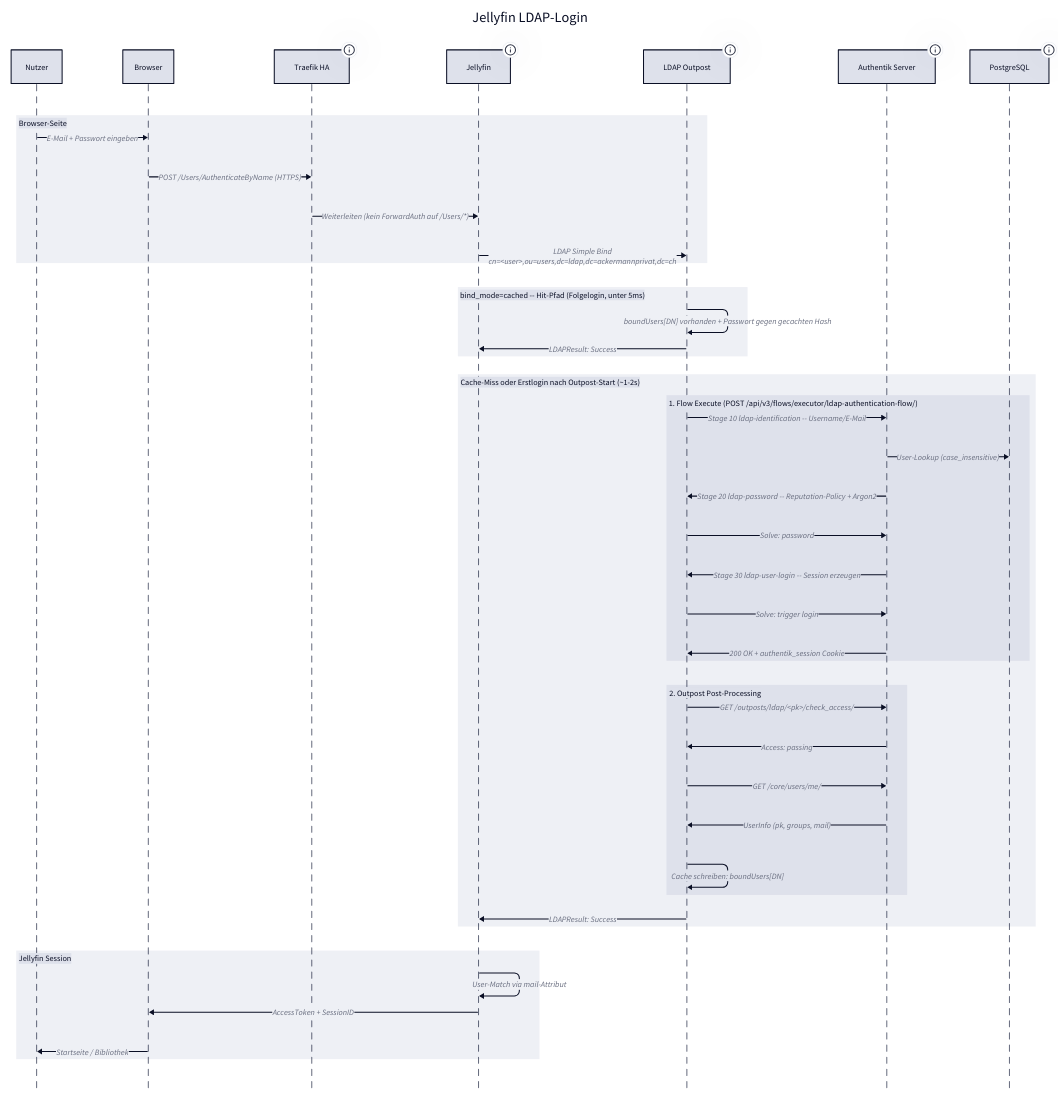
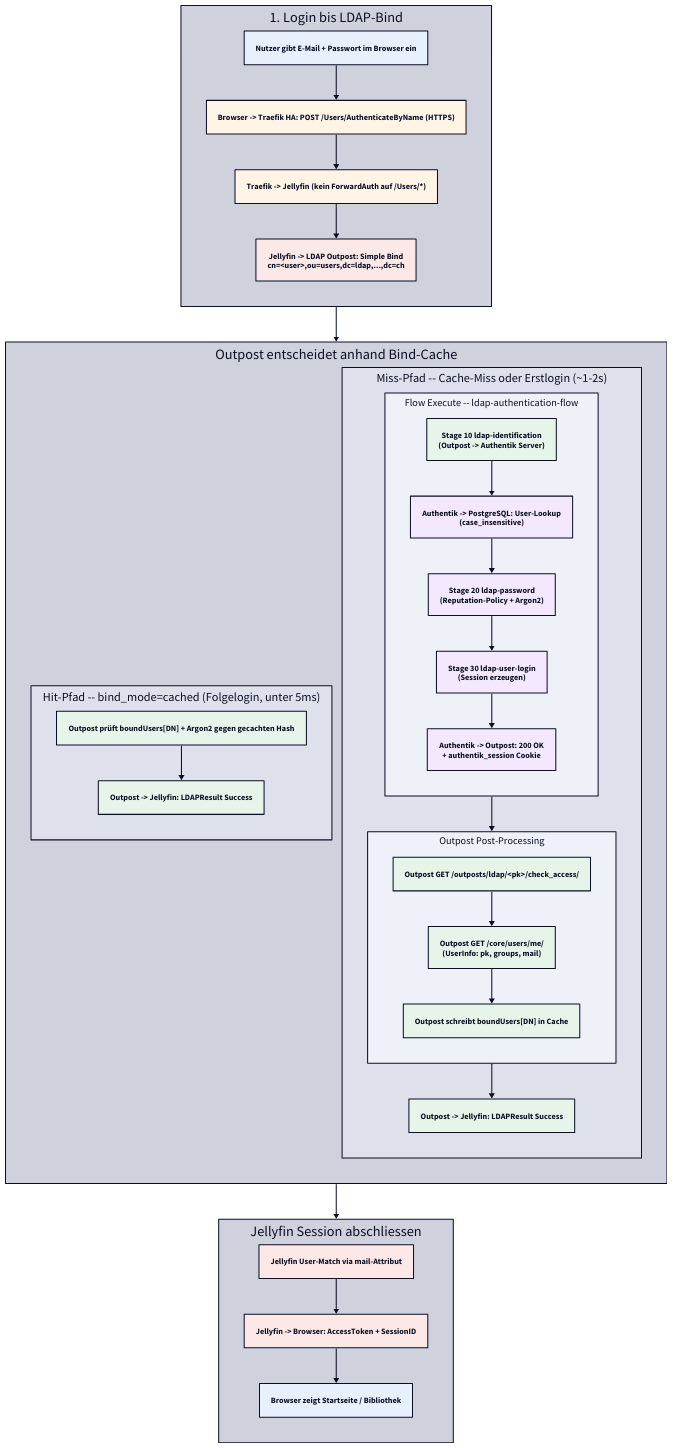
The diagram in docs/authentik/referenz.md (derever-labs/homelab-wiki), drawn with D2 before and after one commit. The commit also changed 3 other files, not shown here.

Commit message:
refactor(diagrams): Sequence-Diagramme auf ELK-Classes umstellen

````diff
--- a/docs/authentik/referenz.md
+++ b/docs/authentik/referenz.md
@@ -69,70 +69,63 @@
 ```d2
 vars: {
   d2-config: {
     theme-id: 1
     layout-engine: elk
   }
 }
 
-sequence: Jellyfin LDAP-Login {
-  shape: sequence_diagram
+direction: down
 
-  user: Nutzer
-  browser: Browser
-  traefik: Traefik HA {
-    tooltip: "10.0.2.20 -- Reverse Proxy, CrowdSec, Rate-Limit"
-  }
-  jellyfin: Jellyfin {
-    tooltip: "Nomad Job media/jellyfin.nomad, LDAP-Plugin aktiv"
-  }
-  outpost: LDAP Outpost {
-    tooltip: "authentik-ldap.service.consul:3389"
-  }
-  ak: Authentik Server {
-    tooltip: "FlowExecutor + Policy Engine + API"
-  }
-  pg: PostgreSQL {
-    tooltip: "postgres.service.consul -- User-Store"
+classes: {
+  user: { style.fill: "#e8f0fe" }
+  proxy: { style.fill: "#fff4e5" }
+  jf: { style.fill: "#fce8e6" }
+  outpost: { style.fill: "#e6f4ea" }
+  ak: { style.fill: "#f3e8fd" }
+  pg: { style.fill: "#fef6d8" }
+}
+
+entry: 1. Login bis LDAP-Bind {
+  input: "Nutzer gibt E-Mail + Passwort im Browser ein" { class: user }
+  post: "Browser -> Traefik HA: POST /Users/AuthenticateByName (HTTPS)" { class: proxy }
+  fwd: "Traefik -> Jellyfin (kein ForwardAuth auf /Users/*)" { class: proxy }
+  bind: "Jellyfin -> LDAP Outpost: Simple Bind\ncn=<user>,ou=users,dc=ldap,...,dc=ch" { class: jf }
+  input -> post -> fwd -> bind
+}
+
+split: Outpost entscheidet anhand Bind-Cache {
+  hit: "Hit-Pfad -- bind_mode=cached (Folgelogin, unter 5ms)" {
+    check: "Outpost prüft boundUsers[DN] + Argon2 gegen gecachten Hash" { class: outpost }
+    ok: "Outpost -> Jellyfin: LDAPResult Success" { class: outpost }
+    check -> ok
   }
 
-  browser_in: "Browser-Seite" {
-    user -> browser: "E-Mail + Passwort eingeben"
-    browser -> traefik: "POST /Users/AuthenticateByName (HTTPS)"
-    traefik -> jellyfin: "Weiterleiten (kein ForwardAuth auf /Users/*)"
-    jellyfin -> outpost: "LDAP Simple Bind\ncn=<user>,ou=users,dc=ldap,dc=ackermannprivat,dc=ch"
-  }
-
-  hit: "bind_mode=cached -- Hit-Pfad (Folgelogin, unter 5ms)" {
-    outpost -> outpost: "boundUsers[DN] vorhanden + Passwort gegen gecachten Hash"
-    outpost -> jellyfin: "LDAPResult: Success"
-  }
-
-  miss: "Cache-Miss oder Erstlogin nach Outpost-Start (~1-2s)" {
-    flow: "1. Flow Execute (POST /api/v3/flows/executor/ldap-authentication-flow/)" {
-      outpost -> ak: "Stage 10 ldap-identification -- Username/E-Mail"
-      ak -> pg: "User-Lookup (case_insensitive)"
-      ak -> outpost: "Stage 20 ldap-password -- Reputation-Policy + Argon2"
-      outpost -> ak: "Solve: password"
-      ak -> outpost: "Stage 30 ldap-user-login -- Session erzeugen"
-      outpost -> ak: "Solve: trigger login"
-      ak -> outpost: "200 OK + authentik_session Cookie"
+  miss: "Miss-Pfad -- Cache-Miss oder Erstlogin (~1-2s)" {
+    flow: "Flow Execute -- ldap-authentication-flow" {
+      s10: "Stage 10 ldap-identification\n(Outpost -> Authentik Server)" { class: outpost }
+      pgq: "Authentik -> PostgreSQL: User-Lookup\n(case_insensitive)" { class: ak }
+      s20: "Stage 20 ldap-password\n(Reputation-Policy + Argon2)" { class: ak }
+      s30: "Stage 30 ldap-user-login\n(Session erzeugen)" { class: ak }
+      done: "Authentik -> Outpost: 200 OK\n+ authentik_session Cookie" { class: ak }
+      s10 -> pgq -> s20 -> s30 -> done
     }
-
-    post: "2. Outpost Post-Processing" {
-      outpost -> ak: "GET /outposts/ldap/<pk>/check_access/"
-      ak -> outpost: "Access: passing"
-      outpost -> ak: "GET /core/users/me/"
-      ak -> outpost: "UserInfo (pk, groups, mail)"
-      outpost -> outpost: "Cache schreiben: boundUsers[DN]"
+    post: "Outpost Post-Processing" {
+      acc: "Outpost GET /outposts/ldap/<pk>/check_access/" { class: outpost }
+      me: "Outpost GET /core/users/me/\n(UserInfo: pk, groups, mail)" { class: outpost }
+      cache: "Outpost schreibt boundUsers[DN] in Cache" { class: outpost }
+      acc -> me -> cache
     }
-
-    outpost -> jellyfin: "LDAPResult: Success"
-  }
-
-  finish: "Jellyfin Session" {
-    jellyfin -> jellyfin: "User-Match via mail-Attribut"
-    jellyfin -> browser: "AccessToken + SessionID"
-    browser -> user: "Startseite / Bibliothek"
+    ok: "Outpost -> Jellyfin: LDAPResult Success" { class: outpost }
+    flow -> post -> ok
   }
 }
+
+finish: Jellyfin Session abschliessen {
+  match: "Jellyfin User-Match via mail-Attribut" { class: jf }
+  token: "Jellyfin -> Browser: AccessToken + SessionID" { class: jf }
+  home: "Browser zeigt Startseite / Bibliothek" { class: user }
+  match -> token -> home
+}
+
+entry -> split -> finish
 ```
````
